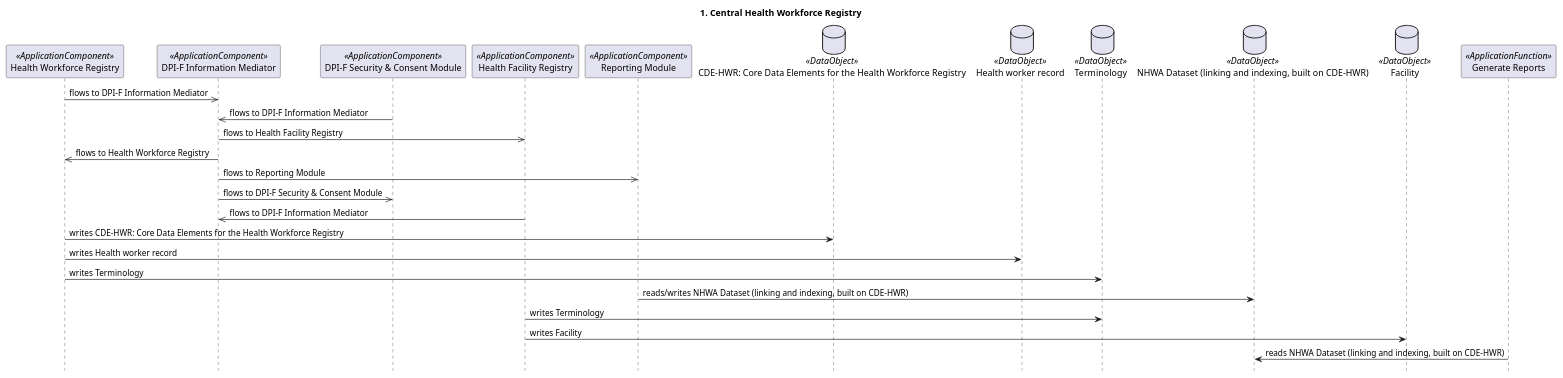
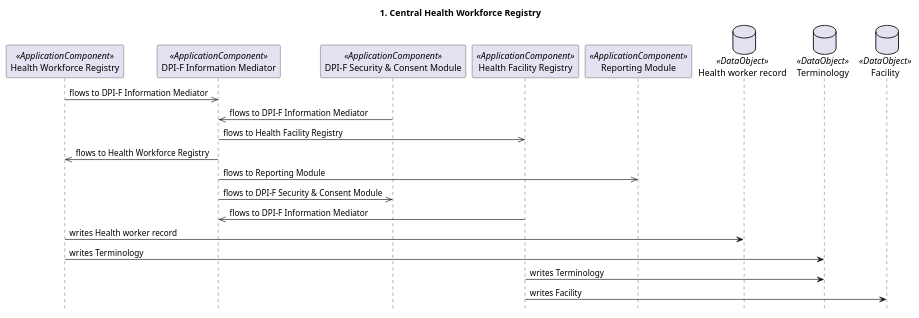
Before and after one commit to litlfred/smart-ra: the second of 7 diagrams in archimate/0.3.0-draft.1/sequences.puml, drawn with PlantUML. The commit also changed 15784 other files, not shown here.

```diff
--- a/archimate/0.3.0-draft.1/sequences.puml
+++ b/archimate/0.3.0-draft.1/sequences.puml
@@ -13,30 +13,24 @@
 @startuml
 ' 1. Central Health Workforce Registry (id-007936f8c2424b96ad1893ef0ff66059): sequence diagram, derived by archimate-diagrams. Do not edit.
 title 1. Central Health Workforce Registry
 hide footbox
 participant "Health Workforce Registry" as id_350840520ae44f658b6ad3b3762e382e <<ApplicationComponent>>
 participant "DPI-F Information Mediator" as id_3c5d846710034c4595e206e748d65e36 <<ApplicationComponent>>
 participant "DPI-F Security & Consent Module" as id_d79aa0eec0584b0792b44bca408afeb6 <<ApplicationComponent>>
 participant "Health Facility Registry" as id_4e0767822dcf46409554156a133fbc67 <<ApplicationComponent>>
 participant "Reporting Module" as id_bbd18f65be45490fbbaf02346511ae5e <<ApplicationComponent>>
-database "CDE-HWR: Core Data Elements for the Health Workforce Registry" as id_e162b2223da4440983514be5854b654d <<DataObject>>
 database "Health worker record" as id_702c24bbd73341be9afc11c7e11e9810 <<DataObject>>
 database "Terminology" as id_301912f3fcaf4648b0ebc3cbbfc3b447 <<DataObject>>
-database "NHWA Dataset (linking and indexing, built on CDE-HWR)" as id_145e885489634e469e8a6734f56b7df5 <<DataObject>>
 database "Facility" as id_ad969289cb774307aa678037c56fdd3f <<DataObject>>
-participant "Generate Reports" as id_b3a5209e0e88419382a678964bed91f9 <<ApplicationFunction>>
 id_350840520ae44f658b6ad3b3762e382e ->> id_3c5d846710034c4595e206e748d65e36 : flows to DPI-F Information Mediator
 id_d79aa0eec0584b0792b44bca408afeb6 ->> id_3c5d846710034c4595e206e748d65e36 : flows to DPI-F Information Mediator
 id_3c5d846710034c4595e206e748d65e36 ->> id_4e0767822dcf46409554156a133fbc67 : flows to Health Facility Registry
 id_3c5d846710034c4595e206e748d65e36 ->> id_350840520ae44f658b6ad3b3762e382e : flows to Health Workforce Registry
 id_3c5d846710034c4595e206e748d65e36 ->> id_bbd18f65be45490fbbaf02346511ae5e : flows to Reporting Module
 id_3c5d846710034c4595e206e748d65e36 ->> id_d79aa0eec0584b0792b44bca408afeb6 : flows to DPI-F Security & Consent Module
 id_4e0767822dcf46409554156a133fbc67 ->> id_3c5d846710034c4595e206e748d65e36 : flows to DPI-F Information Mediator
-id_350840520ae44f658b6ad3b3762e382e -> id_e162b2223da4440983514be5854b654d : writes CDE-HWR: Core Data Elements for the Health Workforce Registry
 id_350840520ae44f658b6ad3b3762e382e -> id_702c24bbd73341be9afc11c7e11e9810 : writes Health worker record
 id_350840520ae44f658b6ad3b3762e382e -> id_301912f3fcaf4648b0ebc3cbbfc3b447 : writes Terminology
-id_bbd18f65be45490fbbaf02346511ae5e -> id_145e885489634e469e8a6734f56b7df5 : reads/writes NHWA Dataset (linking and indexing, built on CDE-HWR)
 id_4e0767822dcf46409554156a133fbc67 -> id_301912f3fcaf4648b0ebc3cbbfc3b447 : writes Terminology
 id_4e0767822dcf46409554156a133fbc67 -> id_ad969289cb774307aa678037c56fdd3f : writes Facility
-id_b3a5209e0e88419382a678964bed91f9 -> id_145e885489634e469e8a6734f56b7df5 : reads NHWA Dataset (linking and indexing, built on CDE-HWR)
 @enduml
```
